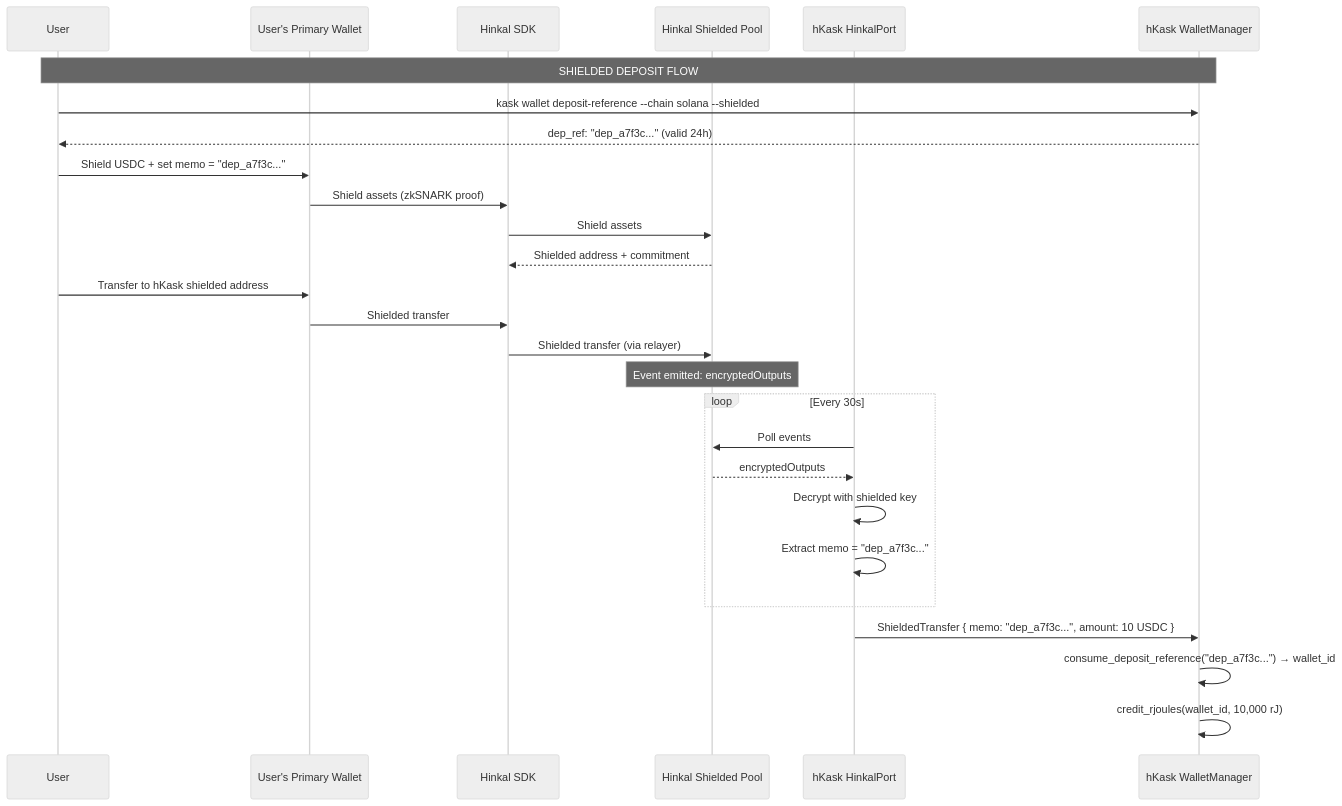
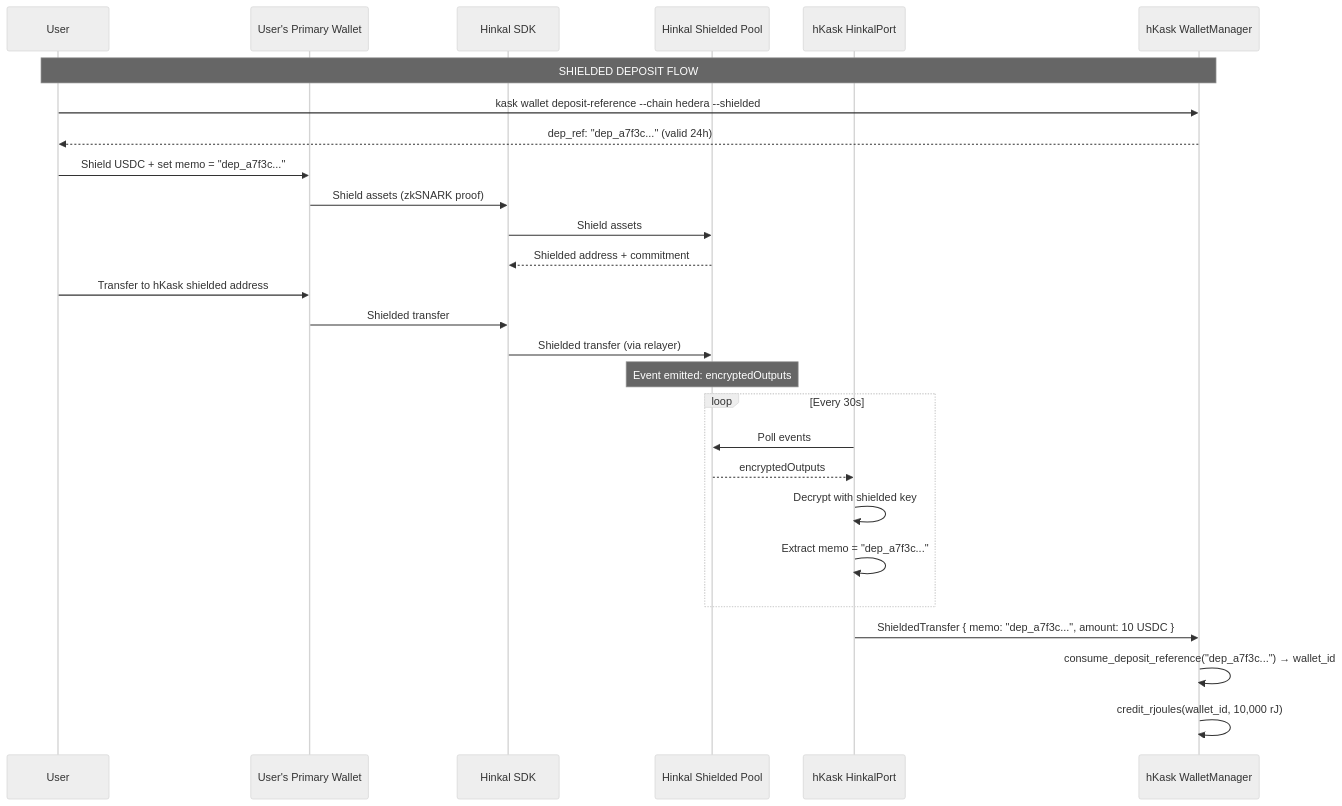
Before and after one commit to mdz-axo/hKask: the fourth of 6 diagrams in docs/specifications/specs/wallet-specification.md, drawn with Mermaid (neutral theme). The commit also changed other lines of this file and 41 other files, not shown here.

````diff
--- a/docs/specifications/specs/wallet-specification.md
+++ b/docs/specifications/specs/wallet-specification.md
@@ -317,35 +314,35 @@
 ```mermaid
 sequenceDiagram
     participant User
     participant PrimaryWallet as User's Primary Wallet
     participant HinkalSDK as Hinkal SDK
     participant ShieldedPool as Hinkal Shielded Pool
     participant HinkalPort as hKask HinkalPort
     participant Wallet as hKask WalletManager
 
     Note over User,Wallet: SHIELDED DEPOSIT FLOW
 
-    User->>Wallet: kask wallet deposit-reference --chain solana --shielded
+    User->>Wallet: kask wallet deposit-reference --chain hedera --shielded
     Wallet-->>User: dep_ref: "dep_a7f3c..." (valid 24h)
 
     User->>PrimaryWallet: Shield USDC + set memo = "dep_a7f3c..."
     PrimaryWallet->>HinkalSDK: Shield assets (zkSNARK proof)
     HinkalSDK->>ShieldedPool: Shield assets
     ShieldedPool-->>HinkalSDK: Shielded address + commitment
 
     User->>PrimaryWallet: Transfer to hKask shielded address
     PrimaryWallet->>HinkalSDK: Shielded transfer
     HinkalSDK->>ShieldedPool: Shielded transfer (via relayer)
     Note over ShieldedPool: Event emitted: encryptedOutputs
 
     loop Every 30s
         HinkalPort->>ShieldedPool: Poll events
         ShieldedPool-->>HinkalPort: encryptedOutputs
         HinkalPort->>HinkalPort: Decrypt with shielded key
         HinkalPort->>HinkalPort: Extract memo = "dep_a7f3c..."
     end
 
     HinkalPort->>Wallet: ShieldedTransfer { memo: "dep_a7f3c...", amount: 10 USDC }
     Wallet->>Wallet: consume_deposit_reference("dep_a7f3c...") → wallet_id
     Wallet->>Wallet: credit_rjoules(wallet_id, 10,000 rJ)
 ```
````
